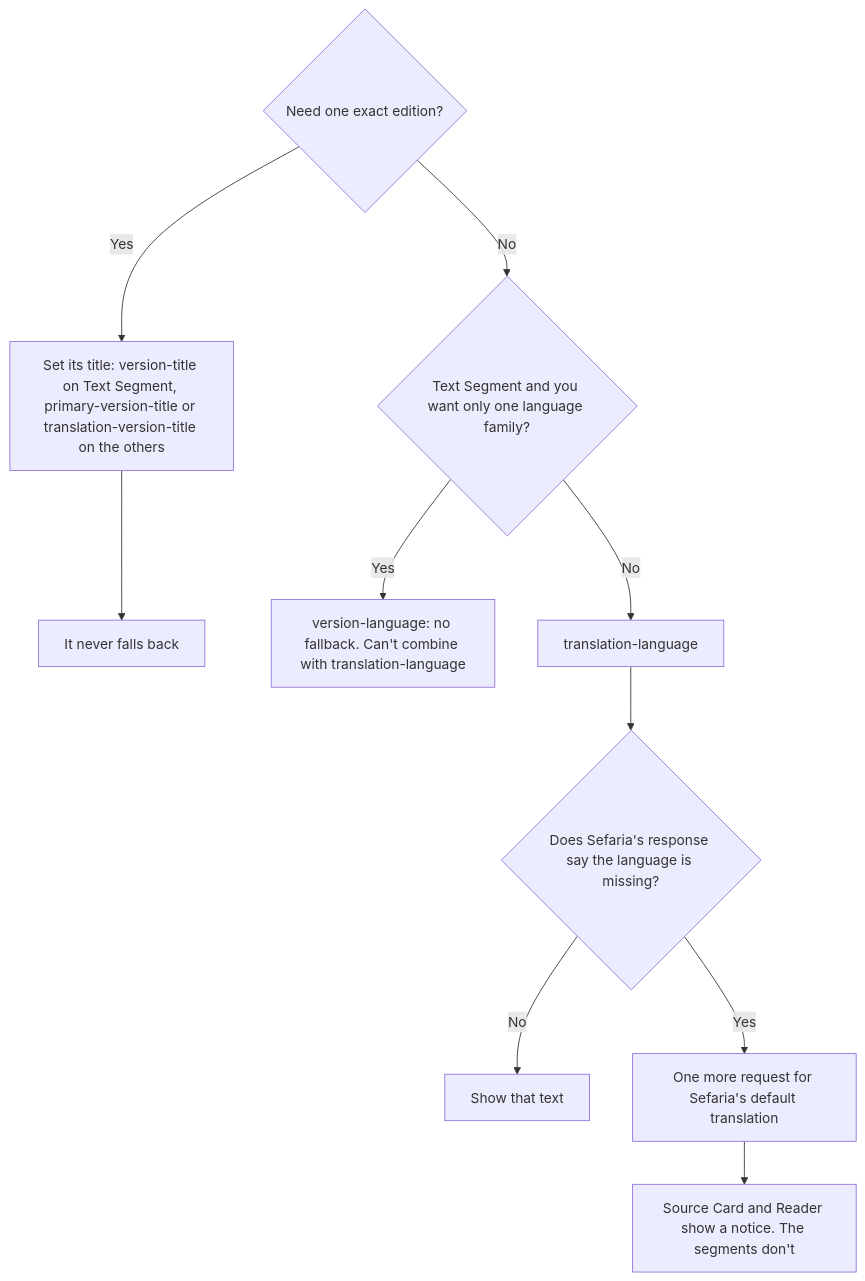
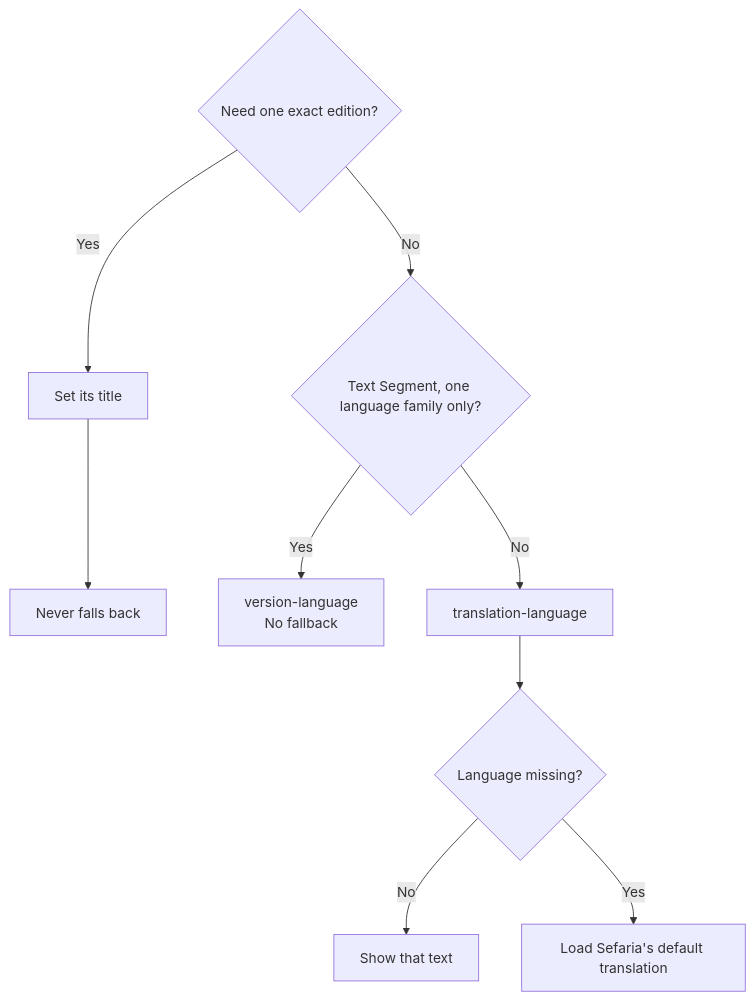
Before and after one commit to Arithmomaniac/sefaria-frontend-toolkit: the diagram in docs/across-components/choose-what-text-readers-see.md, drawn with Mermaid. The commit also changed other lines of this file, not shown here.

Commit message:
docs: narrower B20 decision chart
Copilot-Session: dd9849ae-3d3f-4ddd-b5b9-a44408441a1a

````diff
--- a/docs/across-components/choose-what-text-readers-see.md
+++ b/docs/across-components/choose-what-text-readers-see.md
@@ -30,13 +30,10 @@
 ```mermaid
 flowchart TD
-  A{"Need one exact edition?"}
-  A -->|Yes| B["Set its title: version-title on Text Segment, primary-version-title or translation-version-title on the others"]
-  B --> C["It never falls back"]
-  A -->|No| D{"Text Segment and you want only one language family?"}
-  D -->|Yes| E["version-language: no fallback. Can't combine with translation-language"]
-  D -->|No| F["translation-language"]
-  F --> G{"Does Sefaria's response say the language is missing?"}
-  G -->|No| H["Show that text"]
-  G -->|Yes| I["One more request for Sefaria's default translation"]
-  I --> J["Source Card and Reader show a notice. The segments don't"]
+  Q1{"Need one exact edition?"} -->|Yes| A1["Set its title"] --> A1b["Never falls back"]
+  Q1 -->|No| Q2{"Text Segment, one language family only?"}
+  Q2 -->|Yes| A2["version-language<br/>No fallback"]
+  Q2 -->|No| A3["translation-language"]
+  A3 --> Q3{"Language missing?"}
+  Q3 -->|No| A4["Show that text"]
+  Q3 -->|Yes| A5["Load Sefaria's default translation"]
 ```
````
